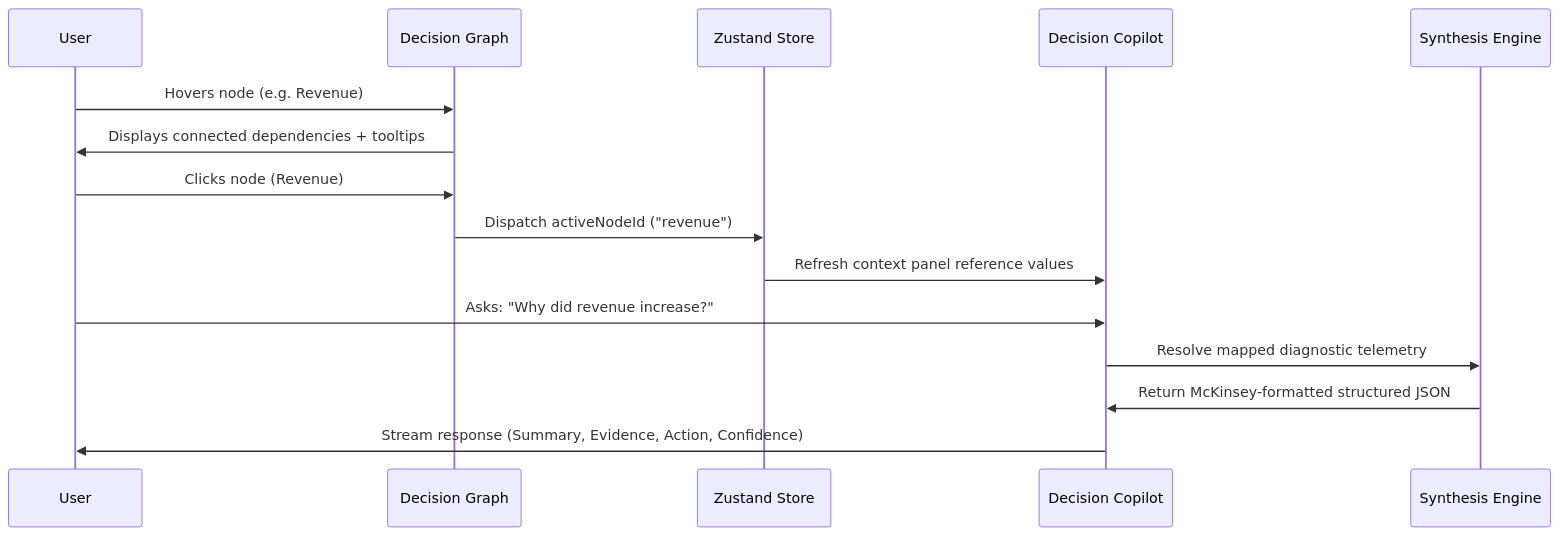
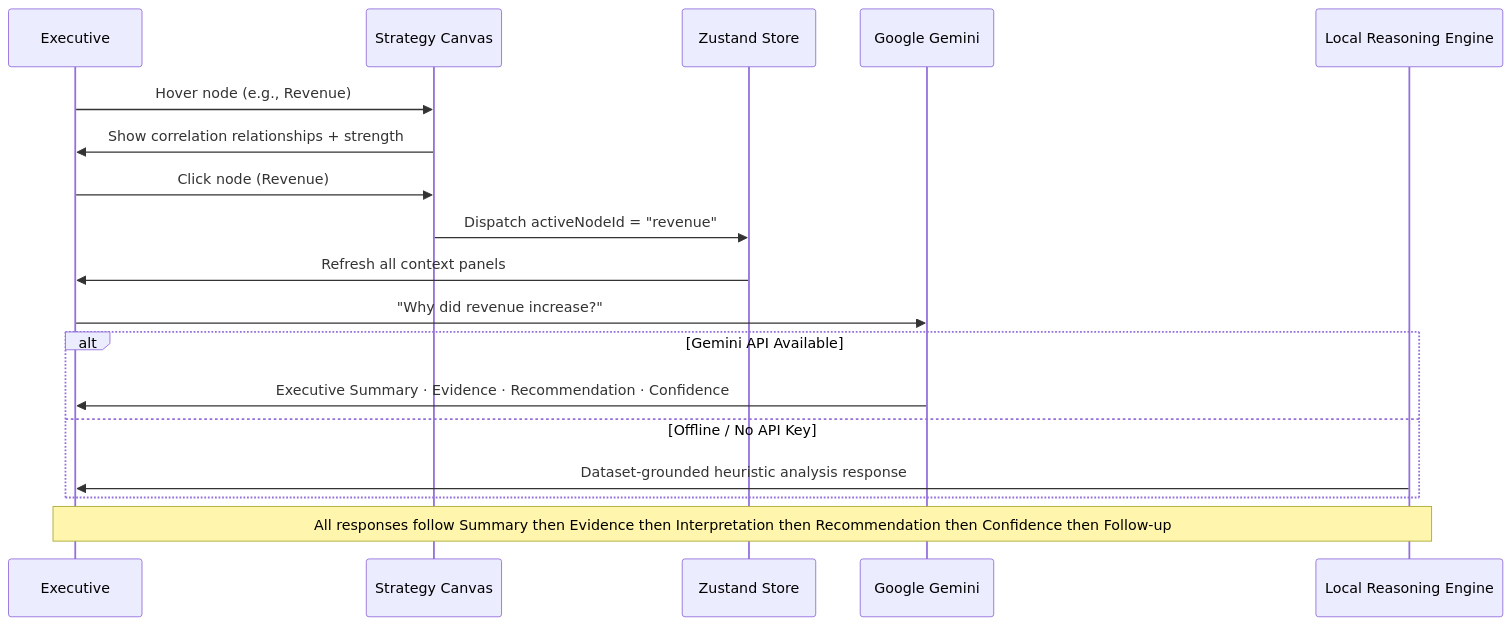
One commit to pravalika2307/SynapseIQ changed the second of 3 diagrams in README.md. Above: the diagram before and after it, drawn with Mermaid. The commit also changed other lines of this file and 5 other files, not shown here.

````diff
--- a/README.md
+++ b/README.md
@@ -67,18 +195,23 @@
 ```mermaid
 sequenceDiagram
-    participant User
-    participant Graph as Decision Graph
+    participant User as Executive
+    participant Graph as Strategy Canvas
     participant Store as Zustand Store
-    participant Copilot as Decision Copilot
-    participant Engine as Synthesis Engine
+    participant Gemini as Google Gemini
+    participant Fallback as Local Reasoning Engine
 
-    User->>Graph: Hovers node (e.g. Revenue)
-    Graph->>User: Displays connected dependencies + tooltips
-    User->>Graph: Clicks node (Revenue)
-    Graph->>Store: Dispatch activeNodeId ("revenue")
-    Store->>Copilot: Refresh context panel reference values
-    User->>Copilot: Asks: "Why did revenue increase?"
-    Copilot->>Engine: Resolve mapped diagnostic telemetry
-    Engine->>Copilot: Return McKinsey-formatted structured JSON
-    Copilot->>User: Stream response (Summary, Evidence, Action, Confidence)
+    User->>Graph: Hover node (e.g., Revenue)
+    Graph->>User: Show correlation relationships + strength
+    User->>Graph: Click node (Revenue)
+    Graph->>Store: Dispatch activeNodeId = "revenue"
+    Store->>User: Refresh all context panels
+
+    User->>Gemini: "Why did revenue increase?"
+    alt Gemini API Available
+        Gemini->>User: Executive Summary · Evidence · Recommendation · Confidence
+    else Offline / No API Key
+        Fallback->>User: Dataset-grounded heuristic analysis response
+    end
+
+    Note over User,Fallback: All responses follow Summary then Evidence then Interpretation then Recommendation then Confidence then Follow-up
 ```
````
